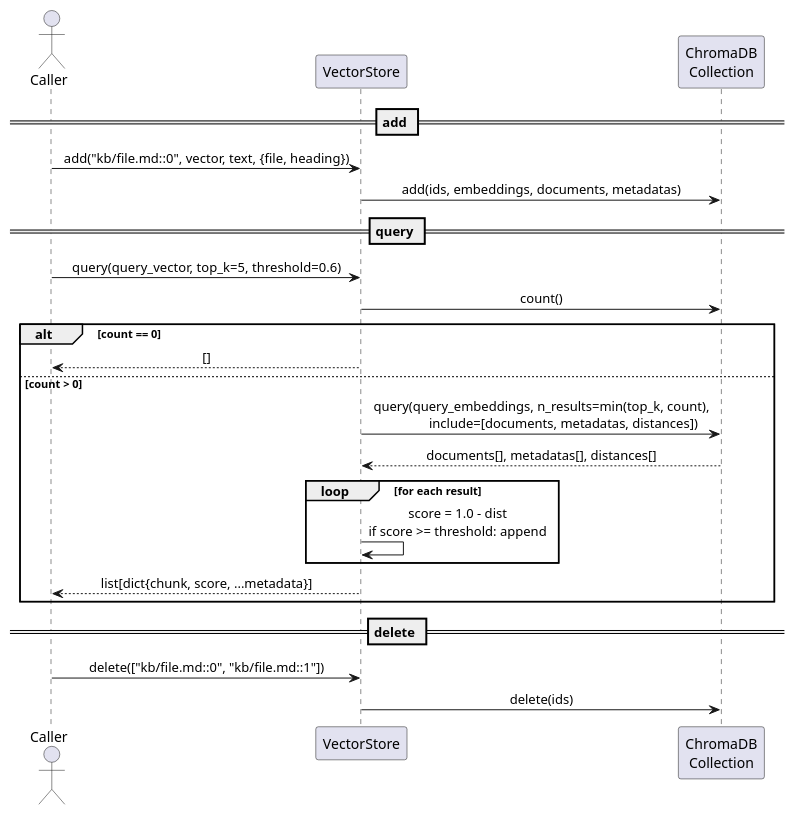
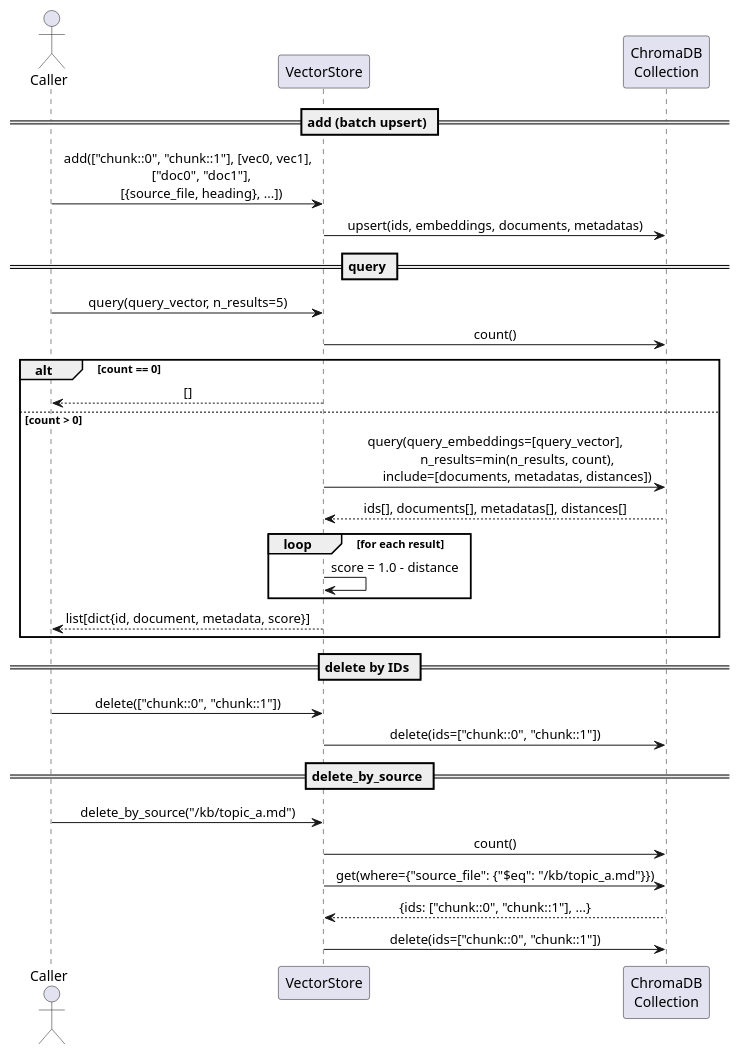
The diagram in docs/specs/modules/engine-store-seq.puml (mailtocsprasad/ai-kb-quiz), drawn with PlantUML before and after one commit. The commit also changed 47 other files, not shown here.

```diff
--- a/docs/specs/modules/engine-store-seq.puml
+++ b/docs/specs/modules/engine-store-seq.puml
@@ -1,30 +1,37 @@
 @startuml engine-store-seq
 skinparam sequenceMessageAlign center
 
 actor Caller
 participant "VectorStore" as VS
 participant "ChromaDB\nCollection" as COL
 
-== add ==
-Caller -> VS : add("kb/file.md::0", vector, text, {file, heading})
-VS -> COL : add(ids, embeddings, documents, metadatas)
+== add (batch upsert) ==
+Caller -> VS : add(["chunk::0", "chunk::1"], [vec0, vec1],\n        ["doc0", "doc1"],\n        [{source_file, heading}, ...])
+VS -> COL : upsert(ids, embeddings, documents, metadatas)
 
 == query ==
-Caller -> VS : query(query_vector, top_k=5, threshold=0.6)
+Caller -> VS : query(query_vector, n_results=5)
 VS -> COL : count()
 alt count == 0
   VS --> Caller : []
 else count > 0
-  VS -> COL : query(query_embeddings, n_results=min(top_k, count),\n             include=[documents, metadatas, distances])
-  COL --> VS : documents[], metadatas[], distances[]
+  VS -> COL : query(query_embeddings=[query_vector],\n             n_results=min(n_results, count),\n             include=[documents, metadatas, distances])
+  COL --> VS : ids[], documents[], metadatas[], distances[]
   loop for each result
-    VS -> VS : score = 1.0 - dist\nif score >= threshold: append
+    VS -> VS : score = 1.0 - distance
   end
-  VS --> Caller : list[dict{chunk, score, ...metadata}]
+  VS --> Caller : list[dict{id, document, metadata, score}]
 end
 
-== delete ==
-Caller -> VS : delete(["kb/file.md::0", "kb/file.md::1"])
-VS -> COL : delete(ids)
+== delete by IDs ==
+Caller -> VS : delete(["chunk::0", "chunk::1"])
+VS -> COL : delete(ids=["chunk::0", "chunk::1"])
+
+== delete_by_source ==
+Caller -> VS : delete_by_source("/kb/topic_a.md")
+VS -> COL : count()
+VS -> COL : get(where={"source_file": {"$eq": "/kb/topic_a.md"}})
+COL --> VS : {ids: ["chunk::0", "chunk::1"], ...}
+VS -> COL : delete(ids=["chunk::0", "chunk::1"])
 
 @enduml
```
